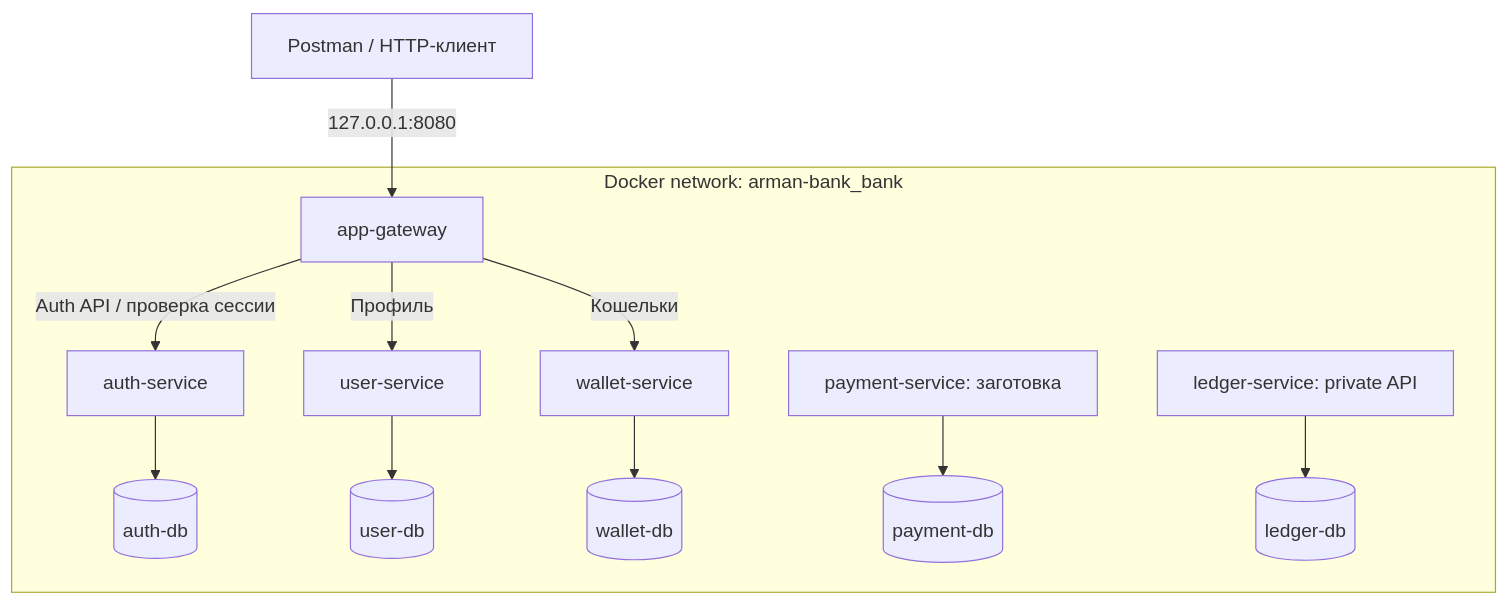
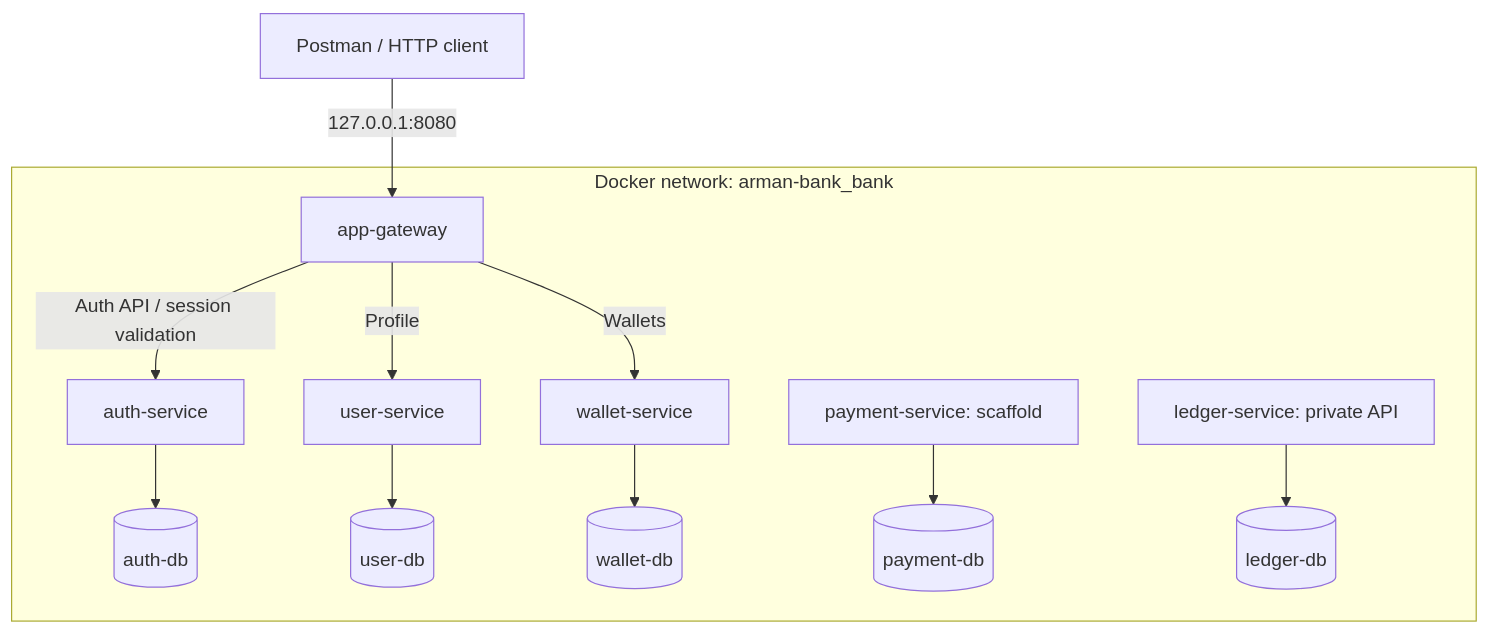
Before and after one commit to aarbabaev/ArMoney: the first of 11 diagrams in ARCHITECTURE.md, drawn with Mermaid. The commit also changed other lines of this file and 6 other files, not shown here.

Commit message:
Use English architecture documentation and neutral product descriptions

````diff
--- a/ARCHITECTURE.md
+++ b/ARCHITECTURE.md
@@ -46,16 +46,16 @@
 ```mermaid
 flowchart TB
-    C["Postman / HTTP-клиент"] -->|"127.0.0.1:8080"| G["app-gateway"]
+    C["Postman / HTTP client"] -->|"127.0.0.1:8080"| G["app-gateway"]
     subgraph NET["Docker network: arman-bank_bank"]
-        G -->|"Auth API / проверка сессии"| A["auth-service"]
-        G -->|"Профиль"| U["user-service"]
-        G -->|"Кошельки"| W["wallet-service"]
-        P["payment-service: заготовка"]
+        G -->|"Auth API / session validation"| A["auth-service"]
+        G -->|"Profile"| U["user-service"]
+        G -->|"Wallets"| W["wallet-service"]
+        P["payment-service: scaffold"]
         L["ledger-service: private API"]
         A --> AD[("auth-db")]
         U --> UD[("user-db")]
         W --> WD[("wallet-db")]
         P --> PD[("payment-db")]
         L --> LD[("ledger-db")]
     end
 ```
````
